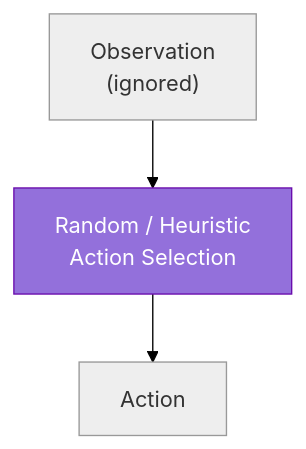
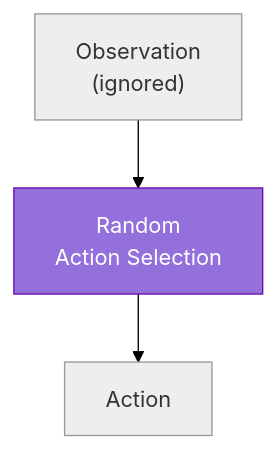
Before and after one commit to Abdulhamid97Mousa/mosaic: the fifth of 7 diagrams in docs/source/documents/architecture/operators/homogenous_decision_makers/index.rst, drawn with Mermaid (forest theme). The commit also changed other lines of this file and 353 other files, not shown here.

```diff
--- a/docs/source/documents/architecture/operators/homogenous_decision_makers/index.rst
+++ b/docs/source/documents/architecture/operators/homogenous_decision_makers/index.rst
@@ -240,10 +240,10 @@
 .. mermaid::
 
    %%{init: {"flowchart": {"curve": "linear"}} }%%
    graph TB
-       OBS["Observation<br/>(ignored)"] --> RNG["Random / Heuristic<br/>Action Selection"]
+       OBS["Observation<br/>(ignored)"] --> RNG["Random<br/>Action Selection"]
        RNG --> ACTION["Action"]
 
        style OBS fill:#eee,stroke:#999,color:#333
        style RNG fill:#9370db,stroke:#6a0dad,color:#fff
        style ACTION fill:#eee,stroke:#999,color:#333
```
